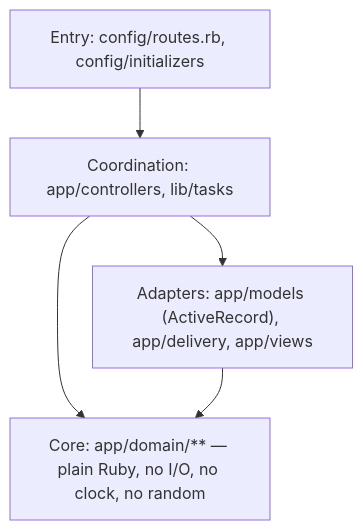
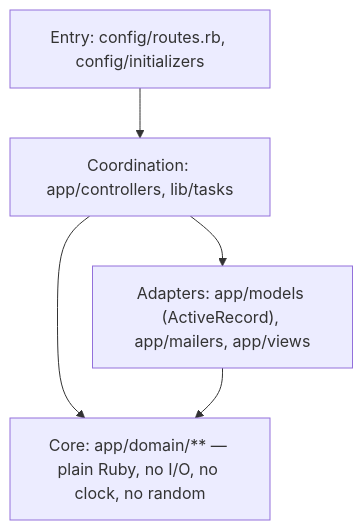
The second of 4 diagrams in prototype/rails/docs/architecture.md (jonathan-beebe/art-store), drawn with Mermaid before and after one commit. The commit also changed other lines of this file and 28 other files, not shown here.

````diff
--- a/prototype/rails/docs/architecture.md
+++ b/prototype/rails/docs/architecture.md
@@ -32,8 +32,8 @@
 ```mermaid
 flowchart TD
     entry["Entry: config/routes.rb, config/initializers"] --> coord
     coord["Coordination: app/controllers, lib/tasks"] --> core
     coord --> adapters
-    adapters["Adapters: app/models (ActiveRecord), app/delivery, app/views"] --> core
+    adapters["Adapters: app/models (ActiveRecord), app/mailers, app/views"] --> core
     core["Core: app/domain/** — plain Ruby, no I/O, no clock, no random"]
 ```
````
